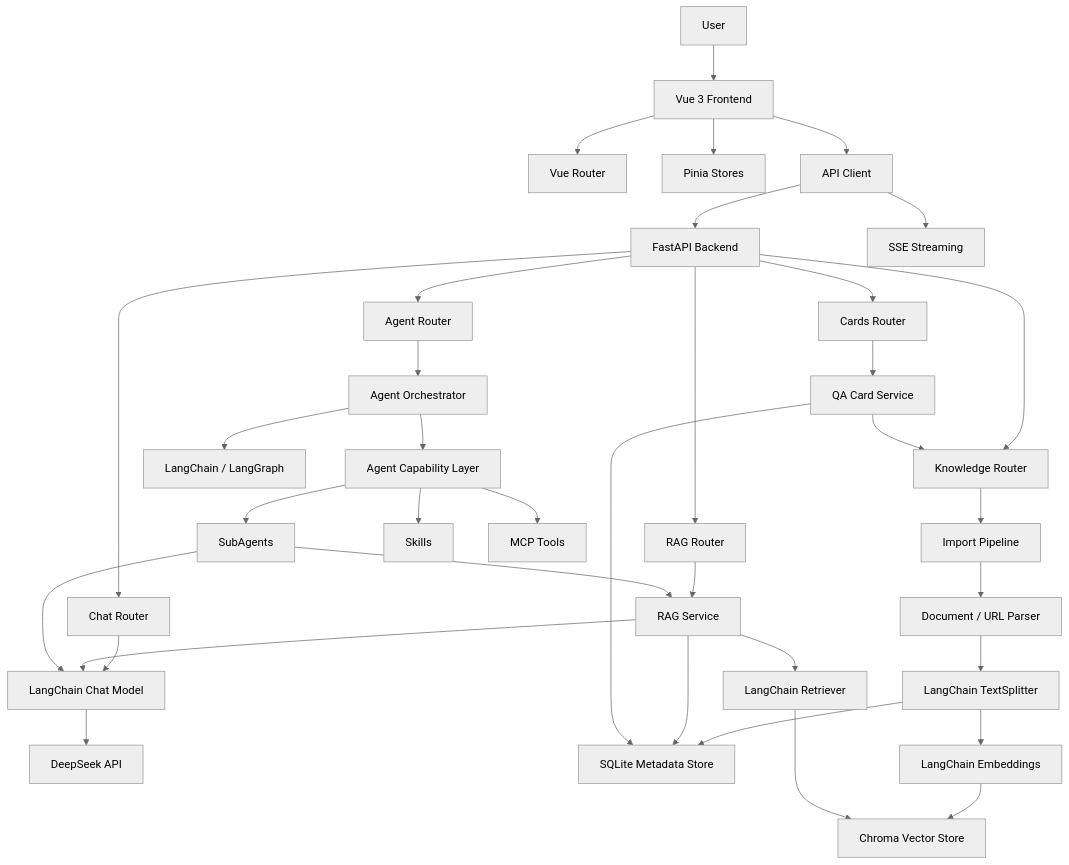
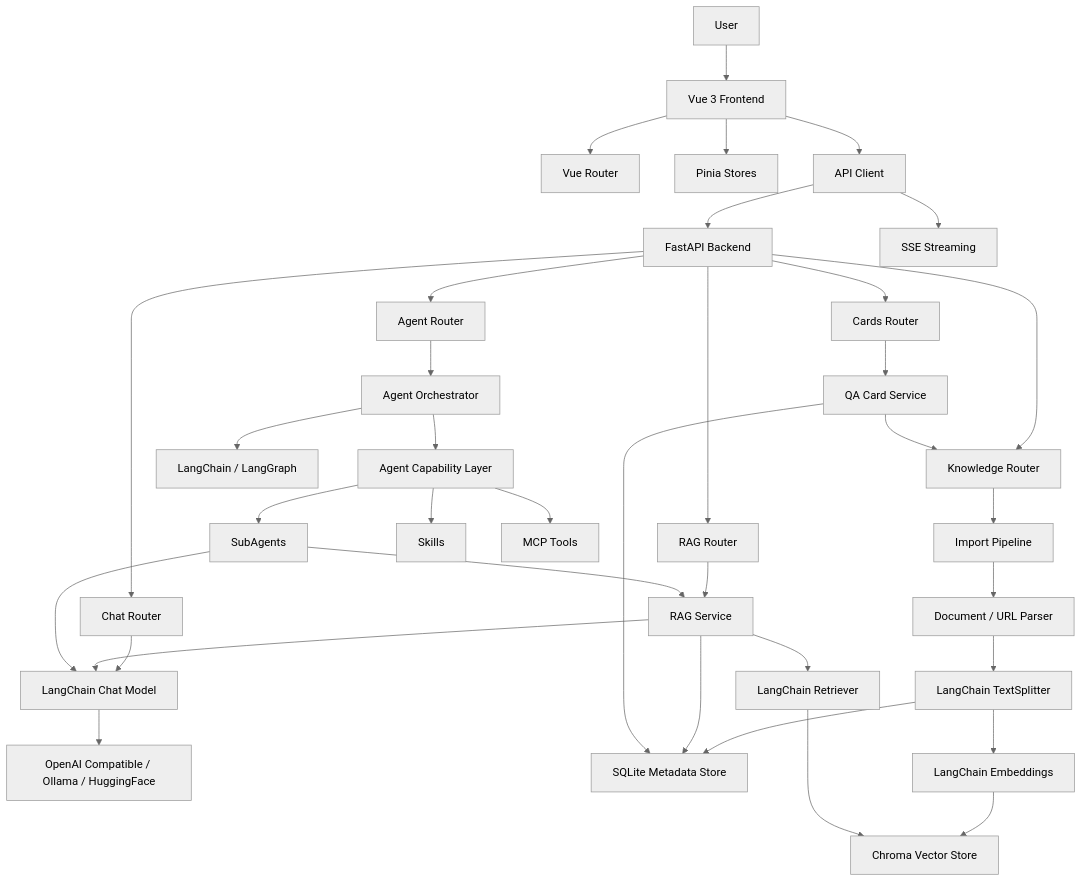
One commit to lplnb-del/ai-learning-assistant changed the first of 6 diagrams in docs/DESIGN-系统架构.md. Above: the diagram before and after it, drawn with Mermaid (neutral theme). The commit also changed other lines of this file and 2 other files, not shown here.

````diff
--- a/docs/DESIGN-系统架构.md
+++ b/docs/DESIGN-系统架构.md
@@ -22,45 +22,45 @@
 ```mermaid
 flowchart TD
     U["User"] --> FE["Vue 3 Frontend"]
     FE --> ROUTER["Vue Router"]
     FE --> STORE["Pinia Stores"]
     FE --> API["API Client"]
 
     API --> FASTAPI["FastAPI Backend"]
     API --> SSE["SSE Streaming"]
 
     FASTAPI --> CHAT["Chat Router"]
     FASTAPI --> KNOW["Knowledge Router"]
     FASTAPI --> RAGAPI["RAG Router"]
     FASTAPI --> CARDAPI["Cards Router"]
     FASTAPI --> AGENTAPI["Agent Router"]
 
     CHAT --> LLM["LangChain Chat Model"]
-    LLM --> DS["DeepSeek API"]
+    LLM --> LLM_PROVIDER["OpenAI Compatible / Ollama / HuggingFace"]
 
     KNOW --> IMPORT["Import Pipeline"]
     IMPORT --> PARSER["Document / URL Parser"]
     PARSER --> SPLITTER["LangChain TextSplitter"]
     SPLITTER --> DB["SQLite Metadata Store"]
     SPLITTER --> EMBED["LangChain Embeddings"]
     EMBED --> VECTOR["Chroma Vector Store"]
 
     RAGAPI --> RAG["RAG Service"]
     RAG --> RETRIEVER["LangChain Retriever"]
     RETRIEVER --> VECTOR
     RAG --> DB
     RAG --> LLM
 
     CARDAPI --> CARDS["QA Card Service"]
     CARDS --> DB
     CARDS --> KNOW
 
     AGENTAPI --> ORCH["Agent Orchestrator"]
     ORCH --> LC["LangChain / LangGraph"]
     ORCH --> CAP["Agent Capability Layer"]
     CAP --> SKILLS["Skills"]
     CAP --> MCP["MCP Tools"]
     CAP --> SUB["SubAgents"]
     SUB --> RAG
     SUB --> LLM
 ```
````
